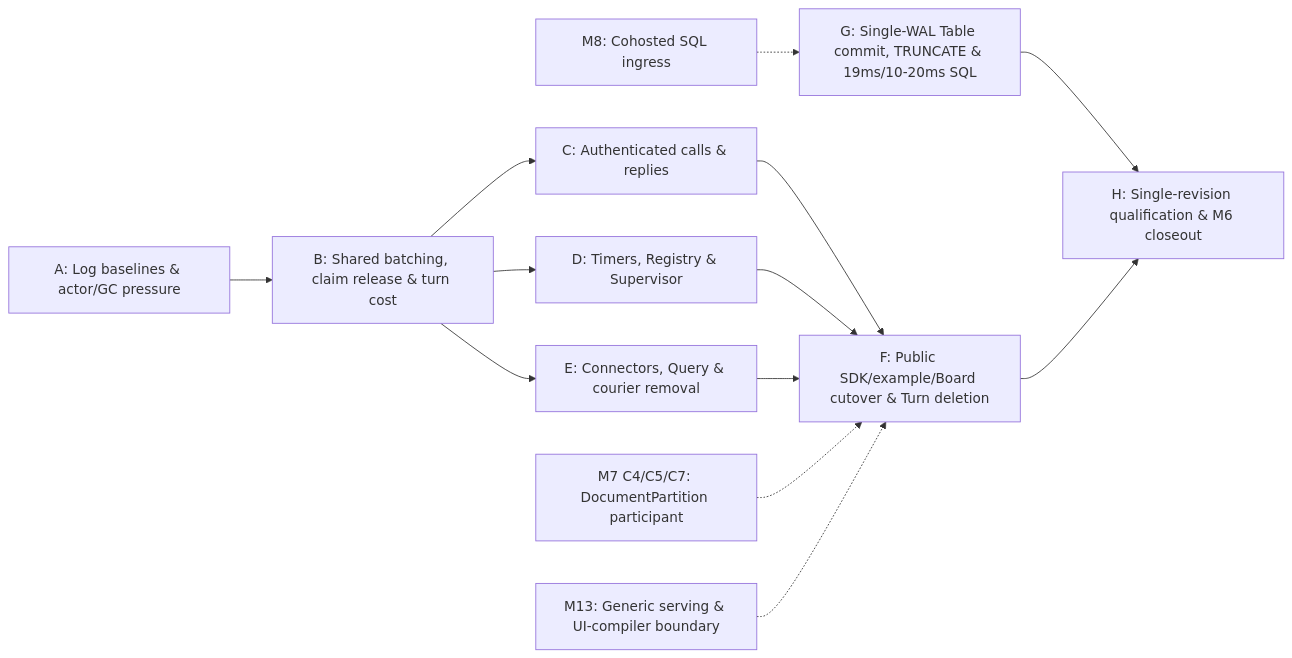
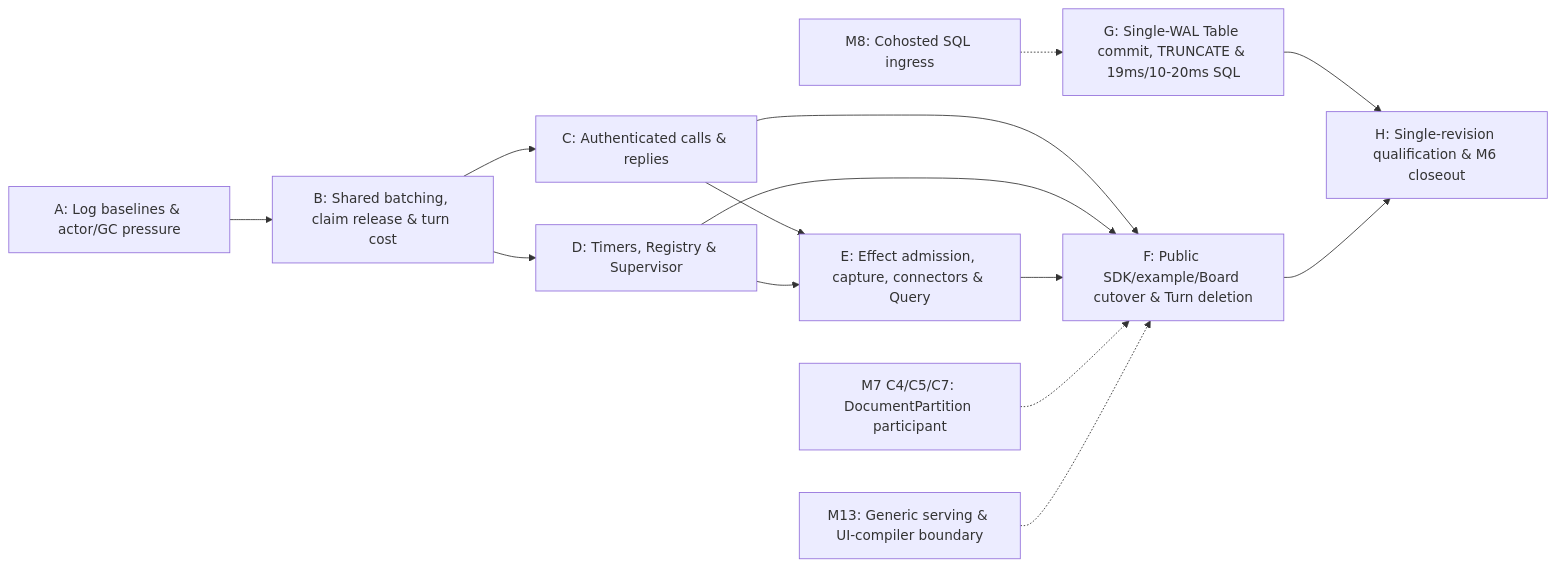
The diagram in docs/roadmap/streams-queues-runtime-completion.md (spoke-sh/transit), drawn with Mermaid before and after one commit. The commit also changed other lines of this file and 3 other files, not shown here.

Commit message:
docs(roadmap): plan transactional connector and query migration

````diff
--- a/docs/roadmap/streams-queues-runtime-completion.md
+++ b/docs/roadmap/streams-queues-runtime-completion.md
@@ -541,15 +496,16 @@
 ```mermaid
 flowchart LR
   A["A: Log baselines & actor/GC pressure"] --> B["B: Shared batching, claim release & turn cost"]
   B --> C["C: Authenticated calls & replies"]
   B --> D["D: Timers, Registry & Supervisor"]
-  B --> E["E: Connectors, Query & courier removal"]
+  C --> E["E: Effect admission, capture, connectors & Query"]
+  D --> E
   C --> F["F: Public SDK/example/Board cutover & Turn deletion"]
   D --> F
   E --> F
   M7["M7 C4/C5/C7: DocumentPartition participant"] -.-> F
   M13["M13: Generic serving & UI-compiler boundary"] -.-> F
   G["G: Single-WAL Table commit, TRUNCATE & 19ms/10-20ms SQL"] --> H["H: Single-revision qualification & M6 closeout"]
   M8["M8: Cohosted SQL ingress"] -.-> G
   F --> H
 ```
````
